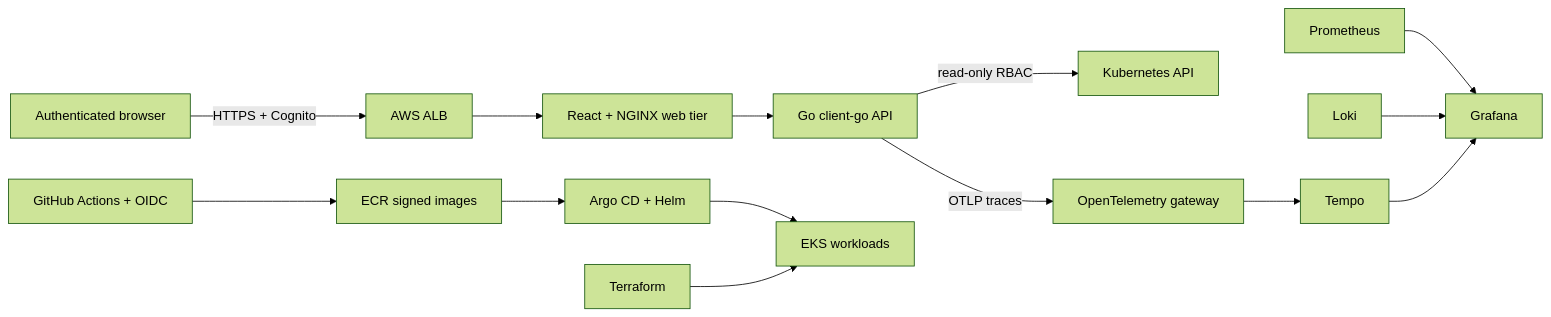
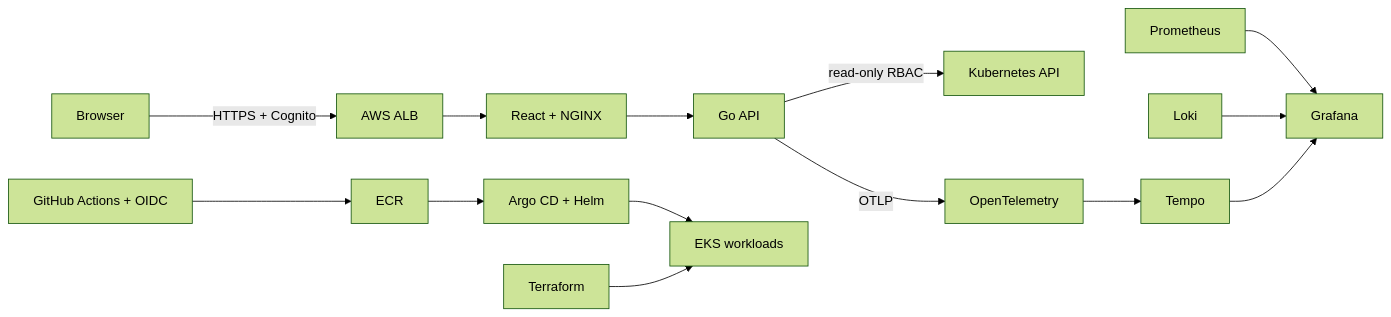
Before and after one commit to andy98w/Kubernetes-Dashboard: the diagram in README.md, drawn with Mermaid (forest theme). The commit also changed other lines of this file and 23 other files, not shown here.

````diff
--- a/README.md
+++ b/README.md
@@ -36,16 +41,16 @@
 ```mermaid
 flowchart LR
-    User[Authenticated browser] -->|HTTPS + Cognito| ALB[AWS ALB]
-    ALB --> Web[React + NGINX web tier]
-    Web --> API[Go client-go API]
+    User[Browser] -->|HTTPS + Cognito| ALB[AWS ALB]
+    ALB --> Web[React + NGINX]
+    Web --> API[Go API]
     API -->|read-only RBAC| K8s[Kubernetes API]
-    API -->|OTLP traces| OTel[OpenTelemetry gateway]
+    API -->|OTLP| OTel[OpenTelemetry]
     OTel --> Tempo[Tempo]
     Prom[Prometheus] --> Grafana[Grafana]
     Loki[Loki] --> Grafana
     Tempo --> Grafana
-    GHA[GitHub Actions + OIDC] --> ECR[ECR signed images]
+    GHA[GitHub Actions + OIDC] --> ECR[ECR]
     ECR --> Argo[Argo CD + Helm]
     Argo --> EKS[EKS workloads]
     Terraform[Terraform] --> EKS
 ```
````
